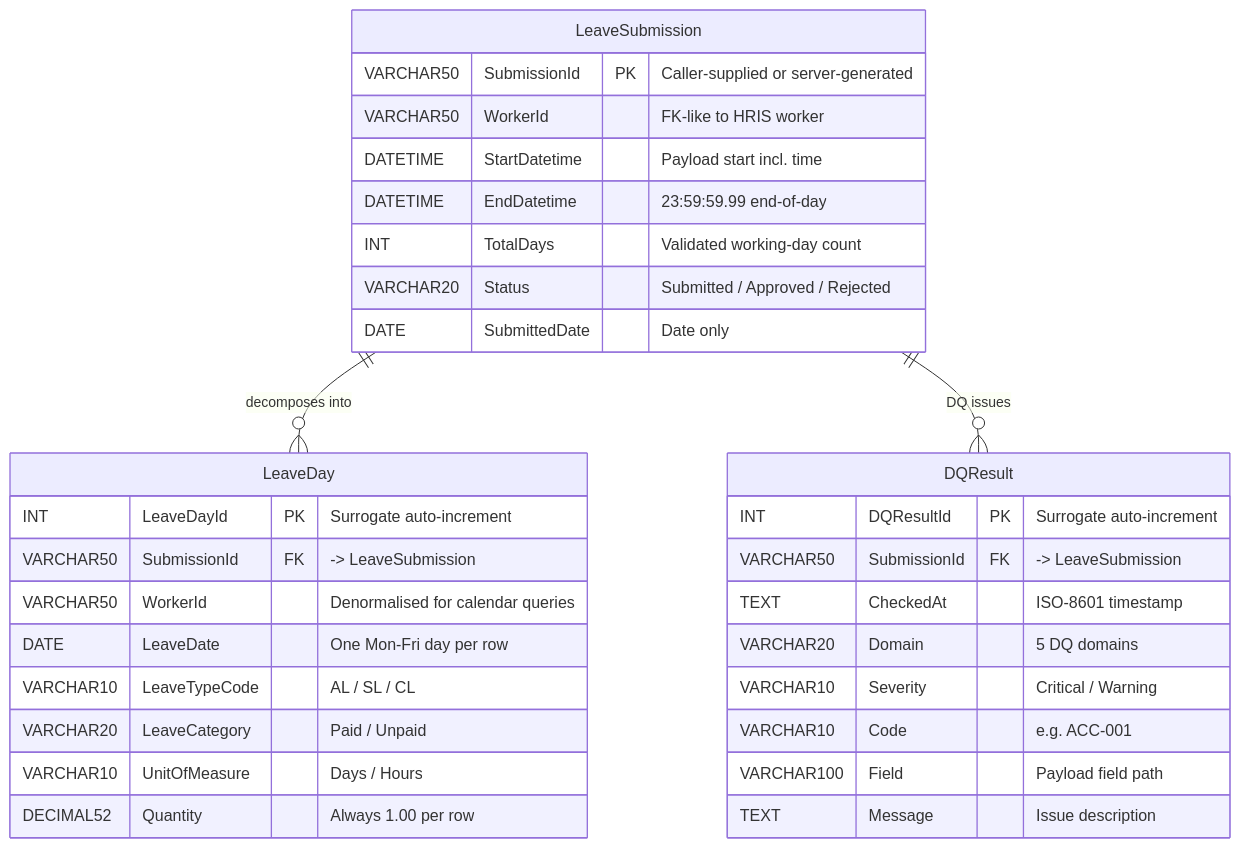
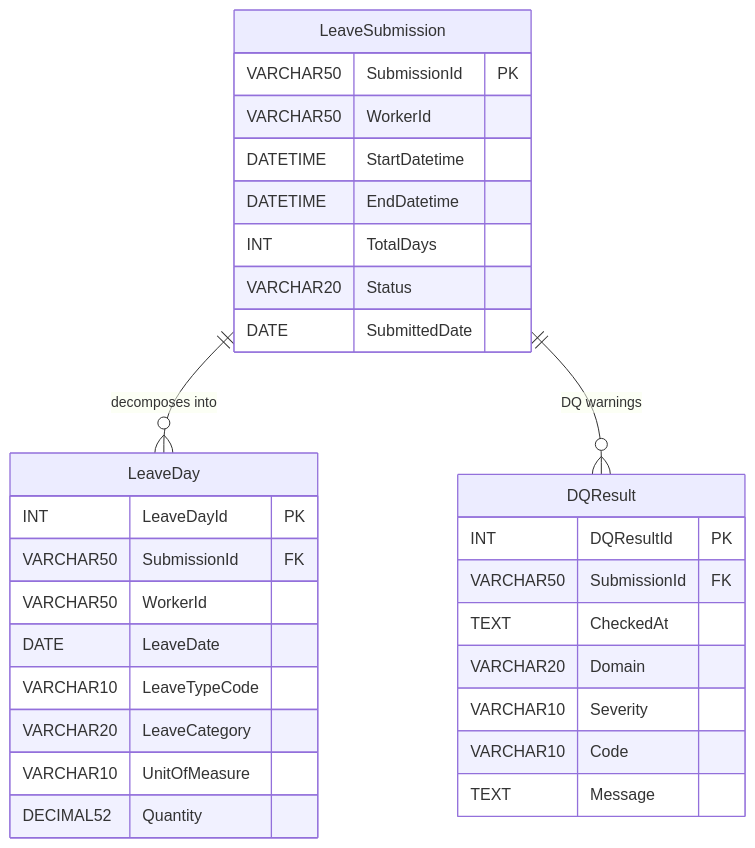
One commit to agripda/phouse changed the diagram in docs/SDD-Leave-Submission-API.md. Above: the diagram before and after it, drawn with Mermaid. The commit also changed other lines of this file and 6 other files, not shown here.

````diff
--- a/docs/SDD-Leave-Submission-API.md
+++ b/docs/SDD-Leave-Submission-API.md
@@ -162,37 +328,33 @@
 ```mermaid
 erDiagram
     LeaveSubmission {
-        VARCHAR50 SubmissionId PK "Caller-supplied or server-generated"
-        VARCHAR50 WorkerId "FK-like to HRIS worker"
-        DATETIME StartDatetime "Payload start incl. time"
-        DATETIME EndDatetime "23:59:59.99 end-of-day"
-        INT TotalDays "Validated working-day count"
-        VARCHAR20 Status "Submitted / Approved / Rejected"
-        DATE SubmittedDate "Date only"
+        VARCHAR50 SubmissionId PK
+        VARCHAR50 WorkerId
+        DATETIME StartDatetime
+        DATETIME EndDatetime
+        INT TotalDays
+        VARCHAR20 Status
+        DATE SubmittedDate
     }
-
     LeaveDay {
-        INT LeaveDayId PK "Surrogate auto-increment"
-        VARCHAR50 SubmissionId FK "-> LeaveSubmission"
-        VARCHAR50 WorkerId "Denormalised for calendar queries"
-        DATE LeaveDate "One Mon-Fri day per row"
-        VARCHAR10 LeaveTypeCode "AL / SL / CL"
-        VARCHAR20 LeaveCategory "Paid / Unpaid"
-        VARCHAR10 UnitOfMeasure "Days / Hours"
-        DECIMAL52 Quantity "Always 1.00 per row"
+        INT LeaveDayId PK
+        VARCHAR50 SubmissionId FK
+        VARCHAR50 WorkerId
+        DATE LeaveDate
+        VARCHAR10 LeaveTypeCode
+        VARCHAR20 LeaveCategory
+        VARCHAR10 UnitOfMeasure
+        DECIMAL52 Quantity
     }
-
+    DQResult {
+        INT DQResultId PK
+        VARCHAR50 SubmissionId FK
+        TEXT CheckedAt
+        VARCHAR20 Domain
+        VARCHAR10 Severity
+        VARCHAR10 Code
+        TEXT Message
+    }
     LeaveSubmission ||--o{ LeaveDay : "decomposes into"
-    LeaveSubmission ||--o{ DQResult : "DQ issues"
-
-    DQResult {
-        INT DQResultId PK "Surrogate auto-increment"
-        VARCHAR50 SubmissionId FK "-> LeaveSubmission"
-        TEXT CheckedAt "ISO-8601 timestamp"
-        VARCHAR20 Domain "5 DQ domains"
-        VARCHAR10 Severity "Critical / Warning"
-        VARCHAR10 Code "e.g. ACC-001"
-        VARCHAR100 Field "Payload field path"
-        TEXT Message "Issue description"
-    }
+    LeaveSubmission ||--o{ DQResult : "DQ warnings"
 ```
````
